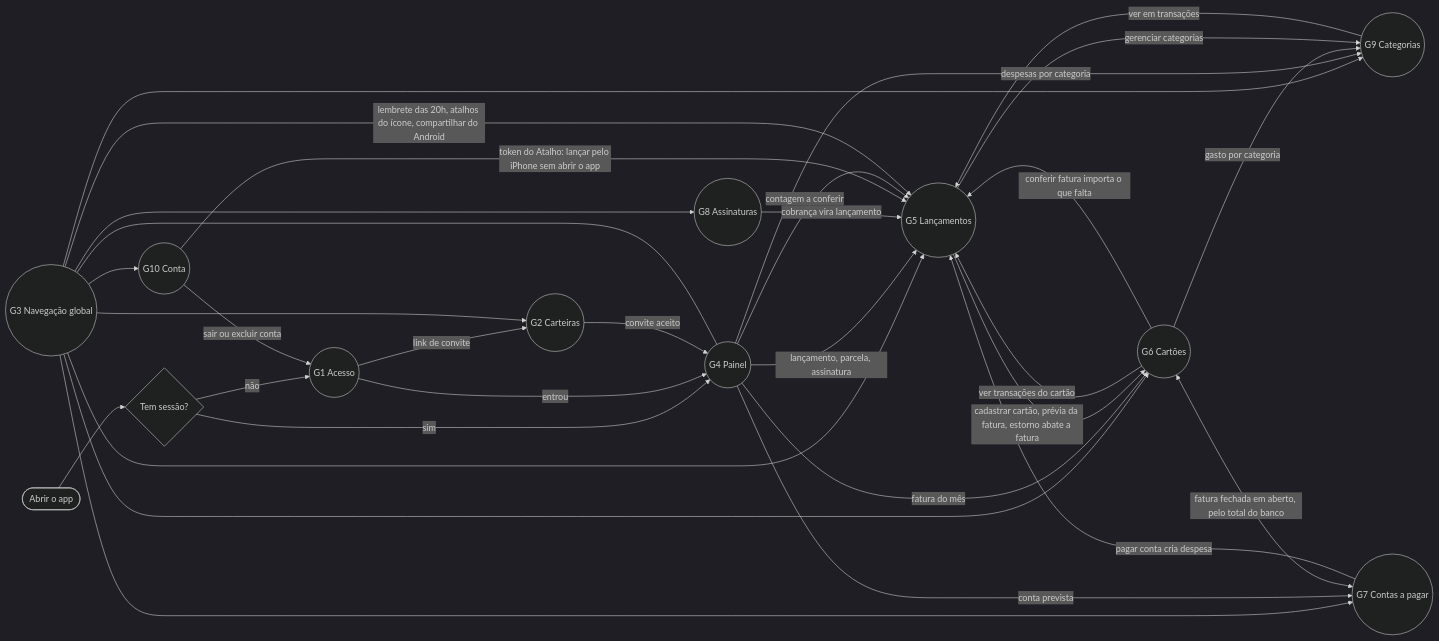
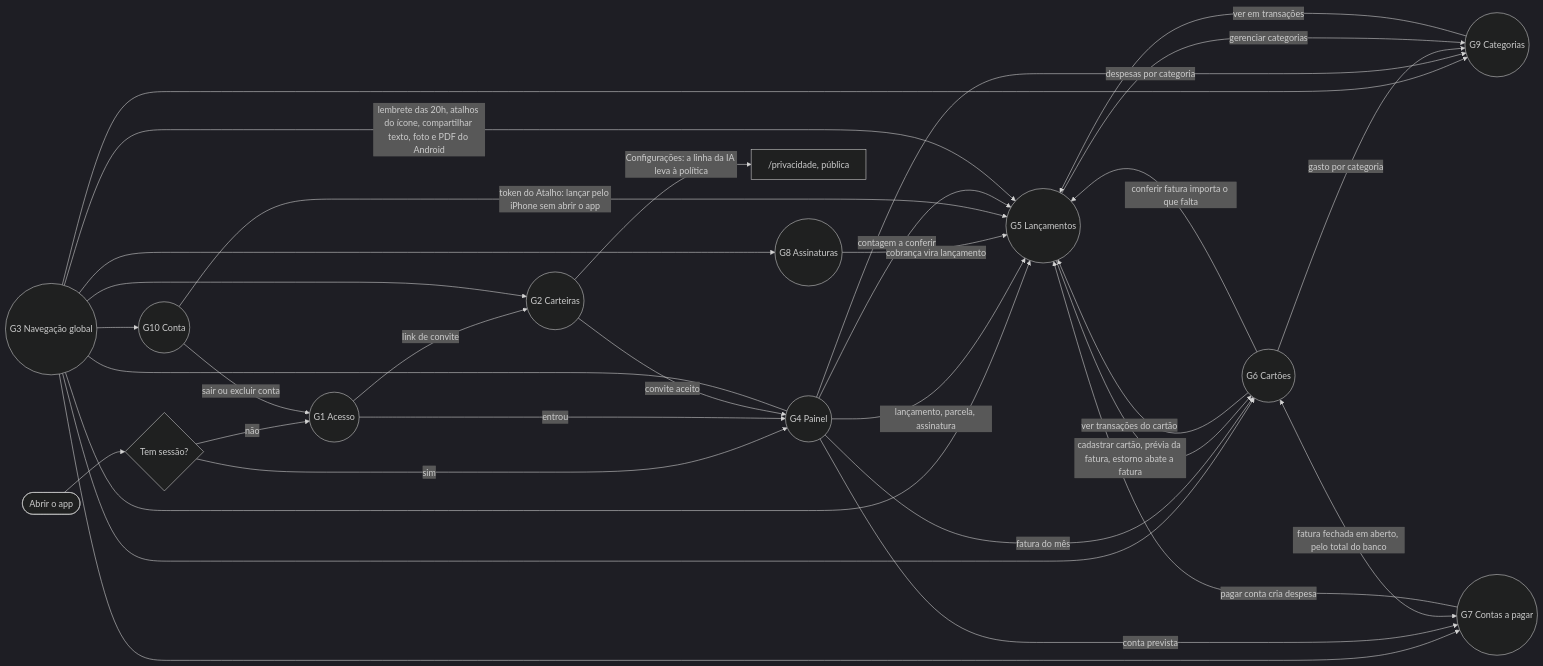
The first of 15 diagrams in docs/JORNADAS.md (kauax2000/finance_app), drawn with Mermaid before and after one commit. The commit also changed other lines of this file and 10 other files, not shown here.

````diff
--- a/docs/JORNADAS.md
+++ b/docs/JORNADAS.md
@@ -56,39 +58,40 @@
 ```mermaid
 %%{init: {"theme": "dark"}}%%
 flowchart LR
     start(["Abrir o app"]) --> boot{"Tem sessão?"}
     boot -->|"não"| G1(("G1 Acesso"))
     boot -->|"sim"| G4(("G4 Painel"))
     G1 -->|"entrou"| G4
     G1 -->|"link de convite"| G2(("G2 Carteiras"))
     G2 -->|"convite aceito"| G4
 
     G3(("G3 Navegação global")) --- G4
     G3 --> G5(("G5 Lançamentos"))
     G3 --> G6(("G6 Cartões"))
     G3 --> G7(("G7 Contas a pagar"))
     G3 --> G8(("G8 Assinaturas"))
     G3 --> G9(("G9 Categorias"))
     G3 --> G2
     G3 --> G10(("G10 Conta"))
 
     G4 -->|"lançamento, parcela, assinatura"| G5
     G4 -->|"fatura do mês"| G6
     G4 -->|"conta prevista"| G7
     G4 -->|"despesas por categoria"| G9
 
     G6 -->|"ver transações do cartão"| G5
     G6 -->|"conferir fatura importa o que falta"| G5
     G6 -->|"gasto por categoria"| G9
     G6 <-->|"fatura fechada em aberto, pelo total do banco"| G7
     G7 -->|"pagar conta cria despesa"| G5
     G8 -->|"cobrança vira lançamento"| G5
     G9 -->|"ver em transações"| G5
     G5 -->|"gerenciar categorias"| G9
     G5 -->|"cadastrar cartão, prévia da fatura, estorno abate a fatura"| G6
     G10 -->|"token do Atalho: lançar pelo iPhone sem abrir o app"| G5
     G4 -->|"contagem a conferir"| G5
-    G3 -->|"lembrete das 20h, atalhos do ícone, compartilhar do Android"| G5
+    G3 -->|"lembrete das 20h, atalhos do ícone, compartilhar texto, foto e PDF do Android"| G5
+    G2 -->|"Configurações: a linha da IA leva à política"| privacy["/privacidade, pública"]
 
     G10 -->|"sair ou excluir conta"| G1
 ```
````
